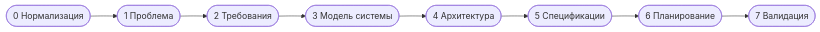
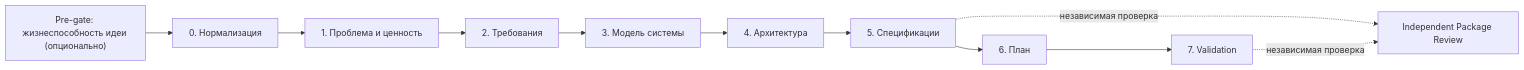
Before and after one commit to tduhfajd/AI-System-Engineering-Methodology: the diagram in README.md, drawn with Mermaid. The commit also changed other lines of this file and 182 other files, not shown here.

````diff
--- a/README.md
+++ b/README.md
@@ -35,10 +82,13 @@
 ```mermaid
 flowchart LR
-  S0([0 Нормализация]) --> S1([1 Проблема])
-  S1 --> S2([2 Требования])
-  S2 --> S3([3 Модель системы])
-  S3 --> S4([4 Архитектура])
-  S4 --> S5([5 Спецификации])
-  S5 --> S6([6 Планирование])
-  S6 --> S7([7 Валидация])
+  V["Pre-gate: жизнеспособность идеи (опционально)"] --> S0["0. Нормализация"]
+  S0 --> S1["1. Проблема и ценность"]
+  S1 --> S2["2. Требования"]
+  S2 --> S3["3. Модель системы"]
+  S3 --> S4["4. Архитектура"]
+  S4 --> S5["5. Спецификации"]
+  S5 --> S6["6. План"]
+  S6 --> S7["7. Validation"]
+  S5 -. независимая проверка .-> R["Independent Package Review"]
+  S7 -. независимая проверка .-> R
 ```
````
